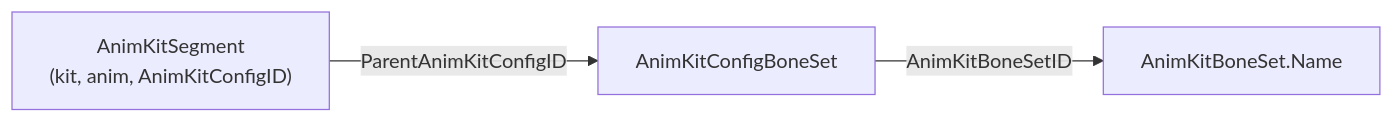
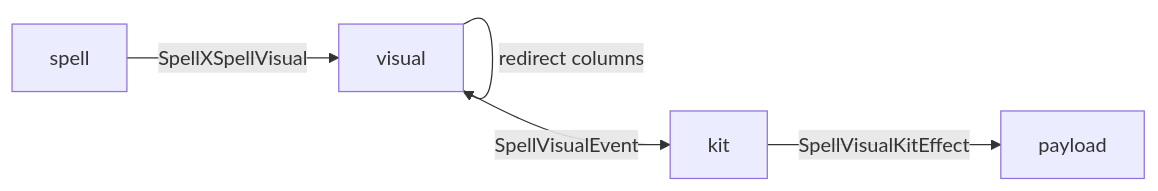
Before and after one commit to Natans8/Epsilook: the sixth of 8 diagrams in docs/DATA_ROUTES.md, drawn with Mermaid. The commit also changed other lines of this file, not shown here.

````diff
--- a/docs/DATA_ROUTES.md
+++ b/docs/DATA_ROUTES.md
@@ -613,5 +263,7 @@
 ```mermaid
 flowchart LR
-    SEG["AnimKitSegment<br/>(kit, anim, AnimKitConfigID)"] -->|ParentAnimKitConfigID| CBS["AnimKitConfigBoneSet"]
-    CBS -->|AnimKitBoneSetID| BS["AnimKitBoneSet.Name"]
+    S["spell"] -->|SpellXSpellVisual| V["visual"]
+    V -->|redirect columns| V
+    V -->|SpellVisualEvent| K["kit"]
+    K -->|SpellVisualKitEffect| P["payload"]
 ```
````
